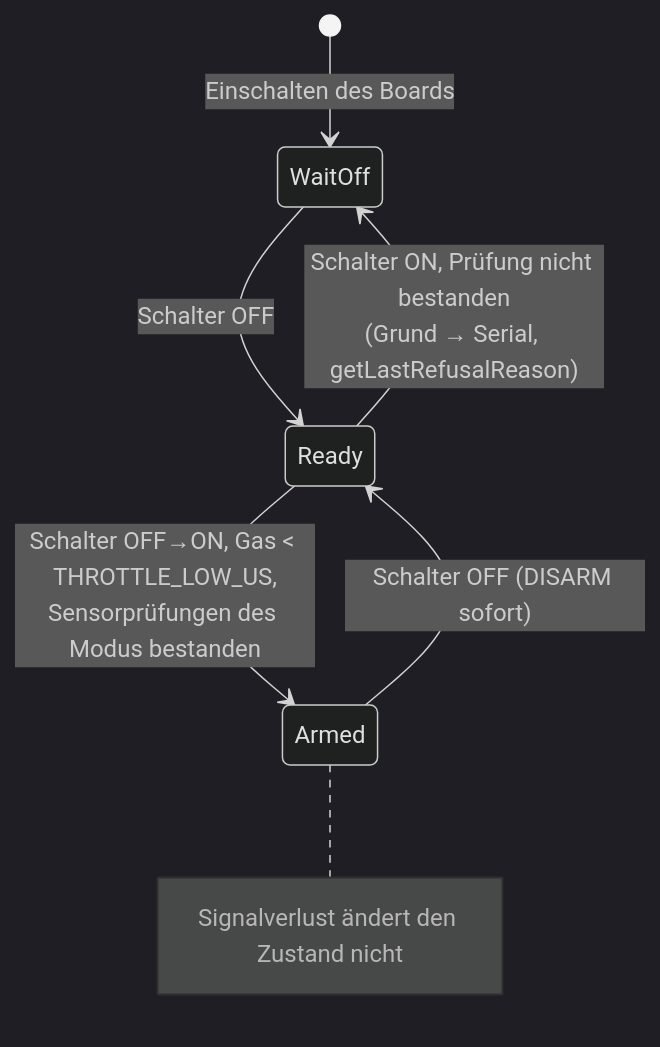
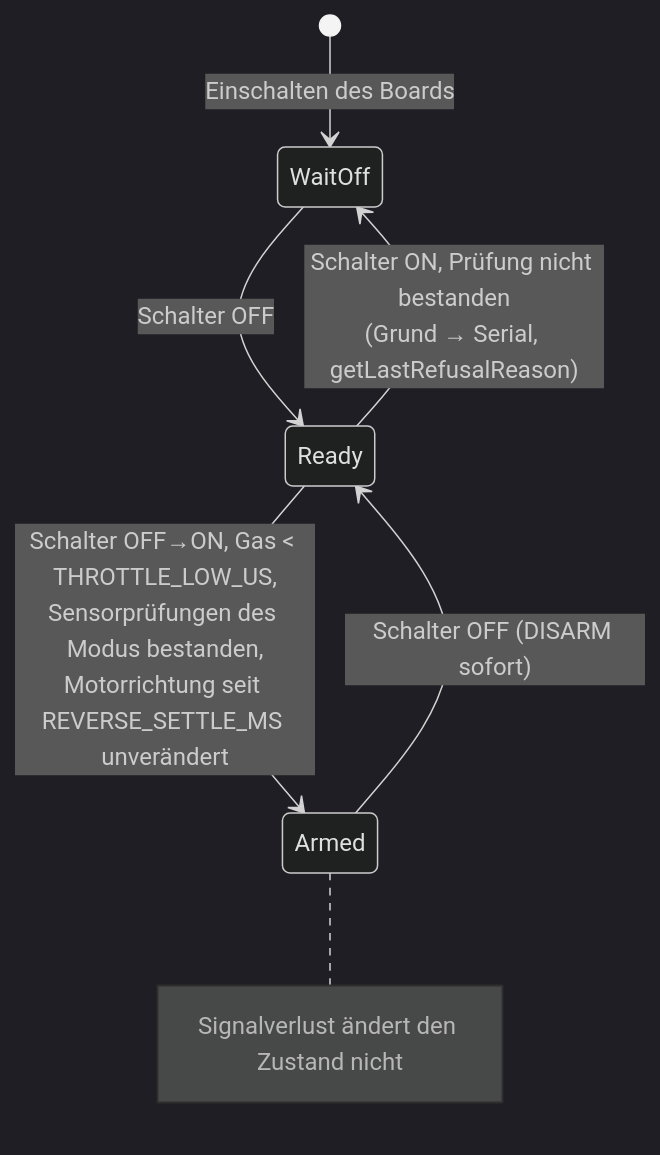
One commit to damir-lebedev/OpenPlaneProject changed the seventh of 11 diagrams in docs/i18n/de/ARCHITECTURE.md. Above: the diagram before and after it, drawn with Mermaid (dark theme). The commit also changed other lines of this file and 166 other files, not shown here.

````diff
--- a/docs/i18n/de/ARCHITECTURE.md
+++ b/docs/i18n/de/ARCHITECTURE.md
@@ -407,9 +414,9 @@
 ```mermaid
 stateDiagram-v2
     [*] --> WaitOff : Einschalten des Boards
     WaitOff --> Ready : Schalter OFF
-    Ready --> Armed : Schalter OFF→ON, Gas < THROTTLE_LOW_US,<br/>Sensorprüfungen des Modus bestanden
+    Ready --> Armed : Schalter OFF→ON, Gas < THROTTLE_LOW_US,<br/>Sensorprüfungen des Modus bestanden,<br/>Motorrichtung seit REVERSE_SETTLE_MS unverändert
     Ready --> WaitOff : Schalter ON, Prüfung nicht bestanden<br/>(Grund → Serial, getLastRefusalReason)
     Armed --> Ready : Schalter OFF (DISARM sofort)
     note right of Armed : Signalverlust ändert den Zustand nicht
 ```
````
